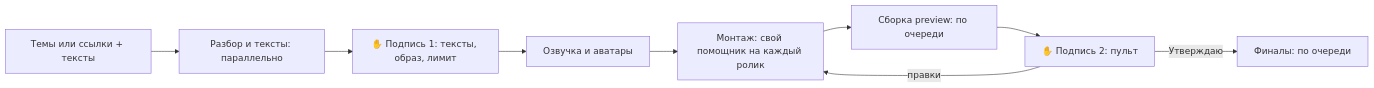
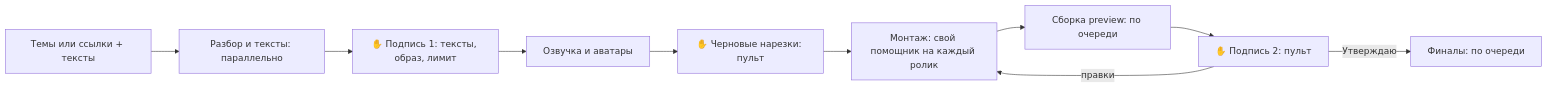
The diagram in docs/reels-guide/08-batch.md (mcdenil-skills/AutoMontage-Agent), drawn with Mermaid before and after one commit. The commit also changed other lines of this file and 28 other files, not shown here.

````diff
--- a/docs/reels-guide/08-batch.md
+++ b/docs/reels-guide/08-batch.md
@@ -37,11 +37,12 @@
 ```mermaid
 flowchart LR
   A["Темы или ссылки + тексты"] --> B["Разбор и тексты: параллельно"]
   B --> T1["✋ Подпись 1: тексты, образ, лимит"]
   T1 --> C["Озвучка и аватары"]
-  C --> D["Монтаж: свой помощник на каждый ролик"]
+  C --> R["✋ Черновые нарезки: пульт"]
+  R --> D["Монтаж: свой помощник на каждый ролик"]
   D --> E["Сборка preview: по очереди"]
   E --> T2["✋ Подпись 2: пульт"]
   T2 -->|правки| D
   T2 -->|Утверждаю| F["Финалы: по очереди"]
 ```
````
